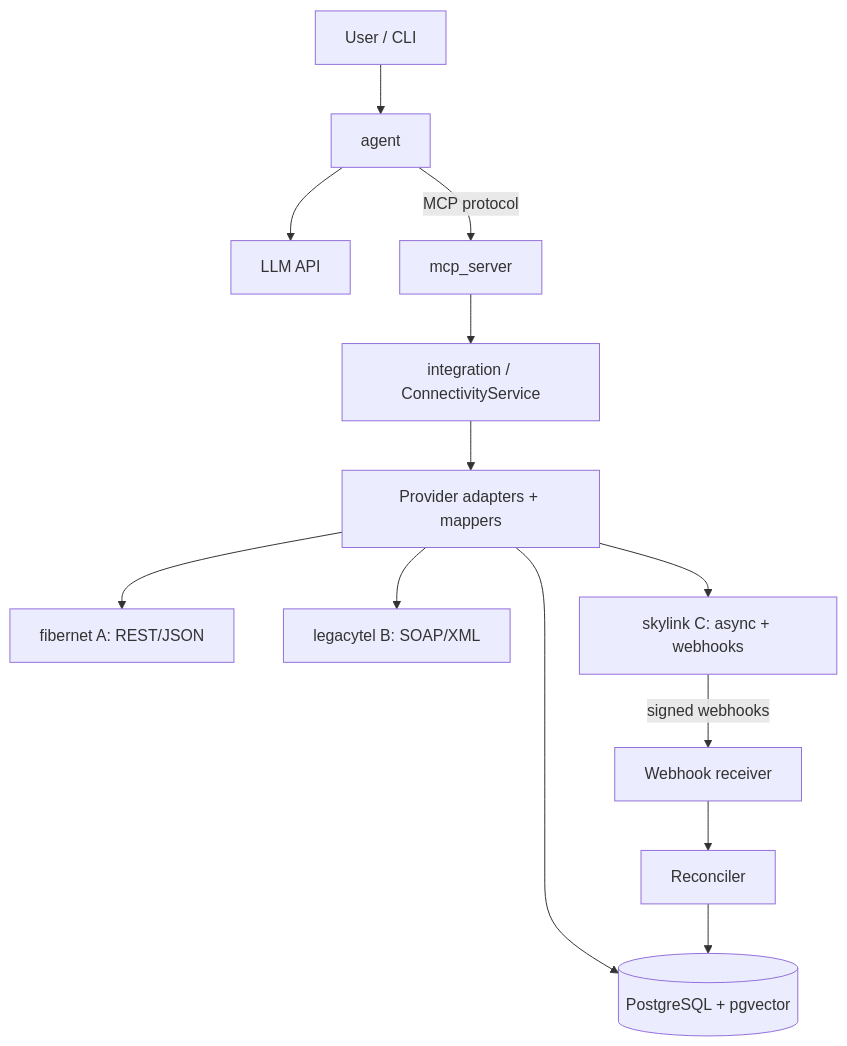
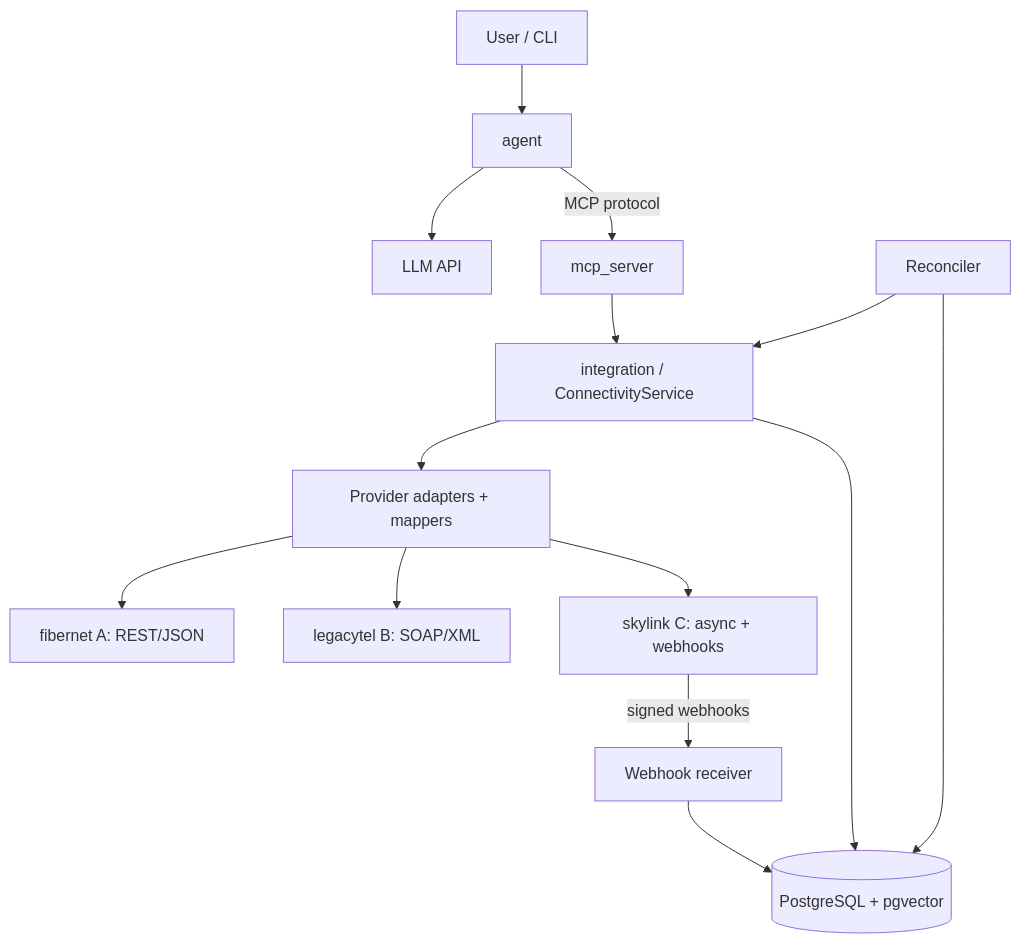
One commit to josemontesinos/aintegrator changed the first of 2 diagrams in docs/ARCHITECTURE.md. Above: the diagram before and after it, drawn with Mermaid. The commit also changed other lines of this file and 102 other files, not shown here.

````diff
--- a/docs/ARCHITECTURE.md
+++ b/docs/ARCHITECTURE.md
@@ -5,15 +6,16 @@
 ```mermaid
 flowchart TD
     user[User / CLI] --> agent[agent]
     agent --> llm[LLM API]
     agent -->|MCP protocol| mcp[mcp_server]
     mcp --> service[integration / ConnectivityService]
     service --> adapters[Provider adapters + mappers]
-    adapters --> pg[(PostgreSQL + pgvector)]
+    service --> pg[(PostgreSQL + pgvector)]
     adapters --> fibernet[fibernet A: REST/JSON]
     adapters --> legacytel[legacytel B: SOAP/XML]
     adapters --> skylink[skylink C: async + webhooks]
     skylink -->|signed webhooks| receiver[Webhook receiver]
-    receiver --> reconciler[Reconciler]
+    receiver --> pg
+    reconciler[Reconciler] --> service
     reconciler --> pg
 ```
````
